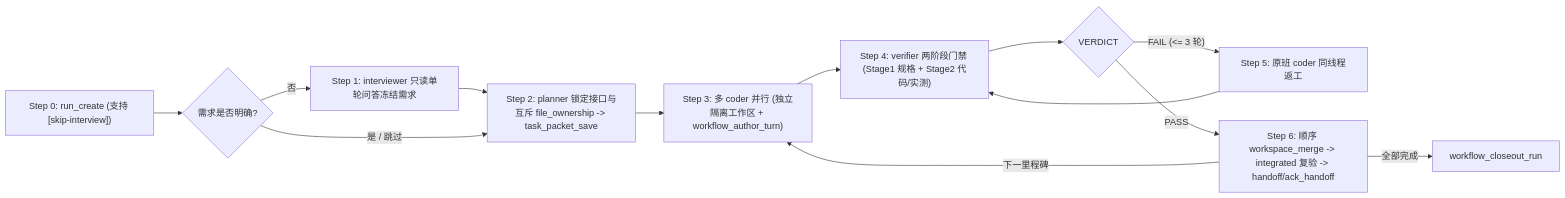
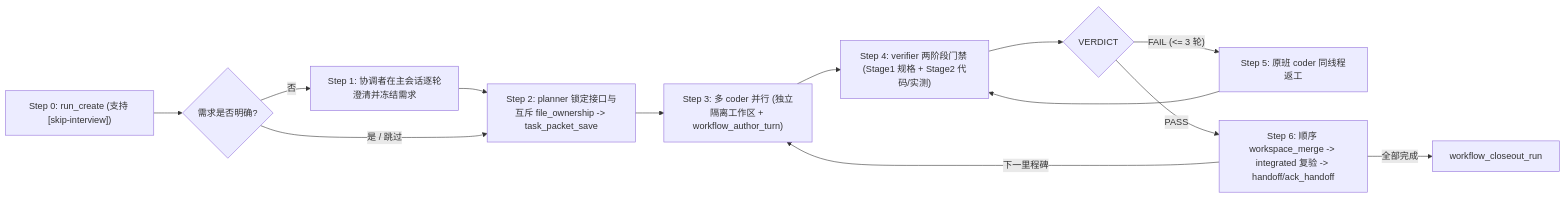
Before and after one commit to gongyuanshen/codex-orchestrator: the third of 4 diagrams in README.md, drawn with Mermaid. The commit also changed other lines of this file and 44 other files, not shown here.

````diff
--- a/README.md
+++ b/README.md
@@ -169,13 +172,13 @@
 ```mermaid
 flowchart LR
     Init["Step 0: run_create (支持 [skip-interview])"] --> Intv{"需求是否明确?"}
-    Intv -->|"否"| Ask["Step 1: interviewer 只读单轮问答冻结需求"] --> Plan
+    Intv -->|"否"| Ask["Step 1: 协调者在主会话逐轮澄清并冻结需求"] --> Plan
     Intv -->|"是 / 跳过"| Plan["Step 2: planner 锁定接口与互斥 file_ownership -> task_packet_save"]
     Plan --> Impl["Step 3: 多 coder 并行 (独立隔离工作区 + workflow_author_turn)"]
     Impl --> Ver["Step 4: verifier 两阶段门禁 (Stage1 规格 + Stage2 代码/实测)"]
     Ver --> Check{"VERDICT"}
     Check -->|"FAIL (<= 3 轮)"| Fix["Step 5: 原班 coder 同线程返工"] --> Ver
     Check -->|"PASS"| Seq["Step 6: 顺序 workspace_merge -> integrated 复验 -> handoff/ack_handoff"]
     Seq -->|"下一里程碑"| Impl
     Seq -->|"全部完成"| Close["workflow_closeout_run"]
 ```
````
